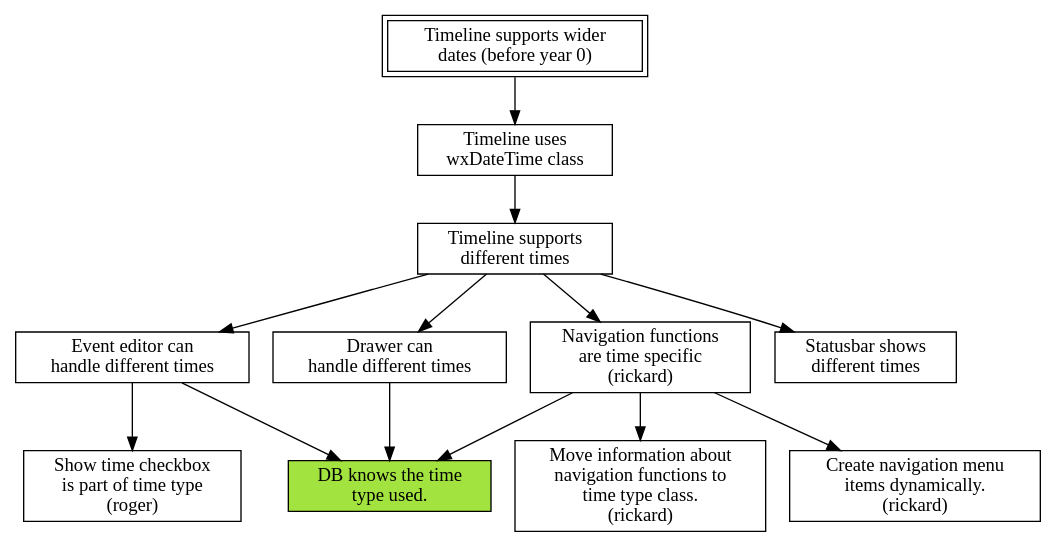
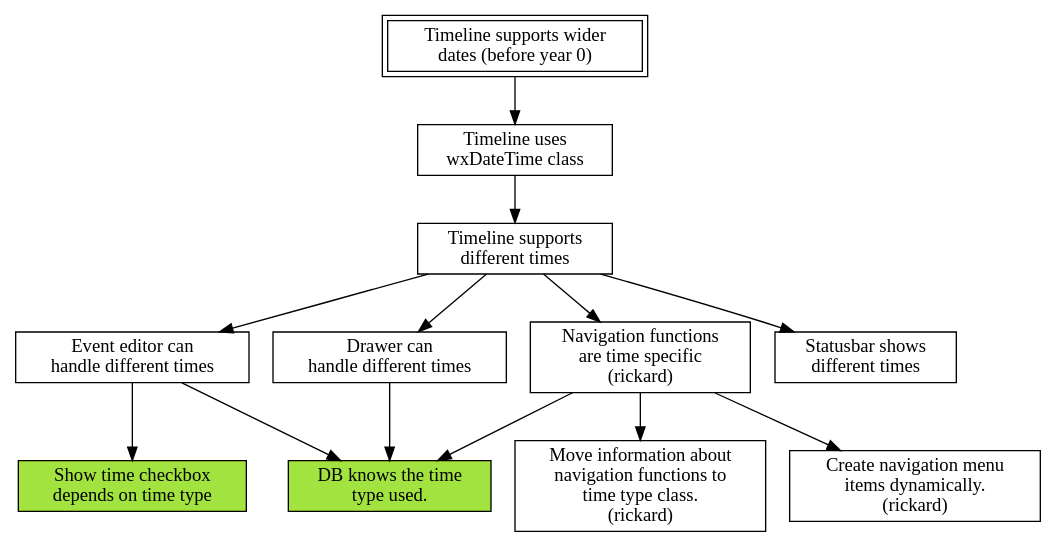
Before and after one commit to shutaozhenzhen/thetimelineproj: the diagram in mikado.dot, drawn with Graphviz. The commit also changed 2 other files, not shown here.

Commit message:
Show time checkbox depends on time type

```diff
--- a/mikado.dot
+++ b/mikado.dot
@@ -1,42 +1,42 @@
 digraph mikado
 {
     node [shape=box];
 
     wider_dates [label="Timeline supports wider\ndates (before year 0)"];
     wider_dates [peripheries=2];
         wider_dates -> switch_to_wx_time;
 
     switch_to_wx_time [label="Timeline uses\nwxDateTime class"];
         switch_to_wx_time -> different_time;
 
     different_time [label="Timeline supports\ndifferent times "];
         different_time -> event_editor;
         different_time -> drawer;
         different_time -> navigation;
         different_time -> status_bar;
 
     event_editor [label="Event editor can\nhandle different times"];
         event_editor -> show_time;
         event_editor -> db_has_type_info;
 
     drawer [label="Drawer can\nhandle different times"];
         drawer -> db_has_type_info;
 
     navigation [label="Navigation functions\nare time specific\n(rickard)"];
         navigation -> db_has_type_info;
         navigation -> move_nav_to_time_type;
         navigation -> create_menu_items_dynamically;
 
     status_bar [label="Statusbar shows\ndifferent times"];
 
     // Leaves
 
-    show_time [label="Show time checkbox\nis part of time type\n(roger)"];
+    show_time [label="Show time checkbox\ndepends on time type",style=filled,fillcolor="#A2E33F"];
 
     db_has_type_info [label="DB knows the time\ntype used."];
     db_has_type_info [style=filled,fillcolor="#A2E33F"];
 
     move_nav_to_time_type [label="Move information about\nnavigation functions to\ntime type class.\n(rickard)"];
 
     create_menu_items_dynamically [label="Create navigation menu\nitems dynamically.\n(rickard)"];
 }
```
